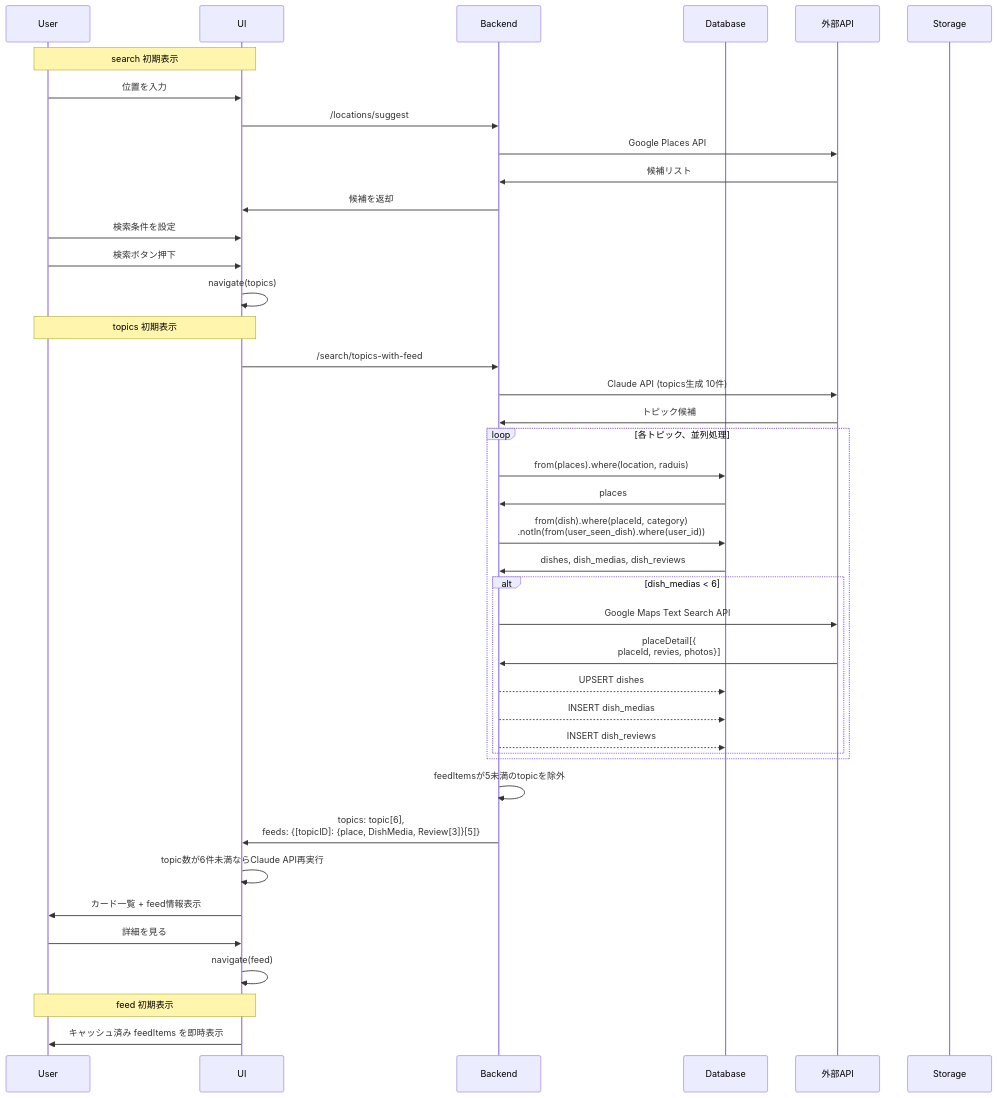
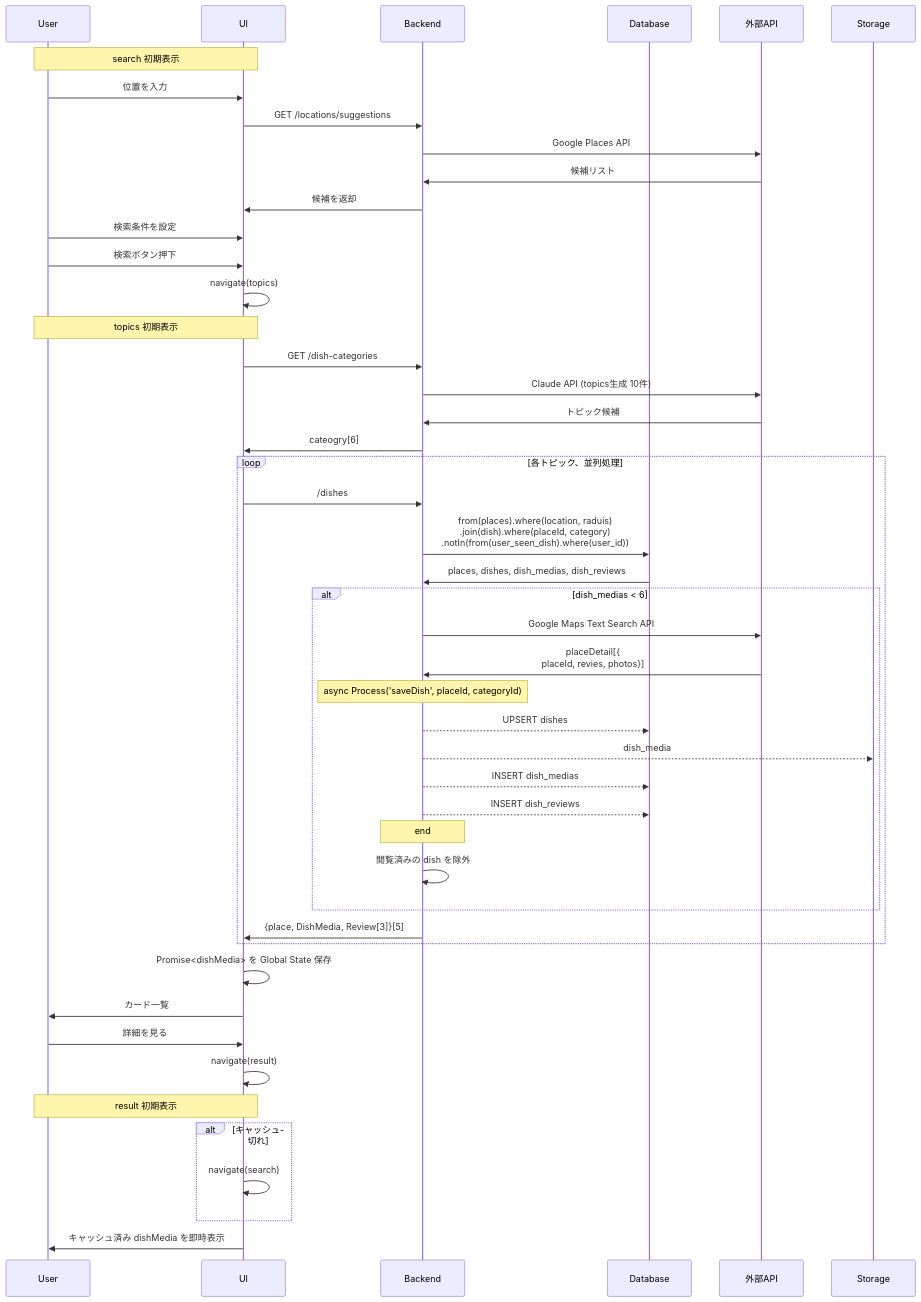
The diagram in docs/sequence/search.mmd (Ayato-kosaka/nanitabeyo), drawn with Mermaid before and after one commit.

Commit message:
refactor: update API endpoints in search sequence diagram for clarity and consistency

```diff
--- a/docs/sequence/search.mmd
+++ b/docs/sequence/search.mmd
@@ -1,48 +1,54 @@
 sequenceDiagram
     participant User
     participant UI
     participant Backend
     participant Database
     participant 外部API
     participant Storage
 
     %% search/index
     Note over User,UI: search 初期表示
     User ->> UI: 位置を入力
-        UI ->> Backend: /locations/suggest
+        UI ->> Backend: GET /locations/suggestions
             Backend ->> 外部API: Google Places API
                 外部API ->> Backend: 候補リスト
             Backend ->> UI: 候補を返却
     User ->> UI: 検索条件を設定
     User ->> UI: 検索ボタン押下
         UI ->> UI: navigate(topics)
 
     %% search/topics
     Note over User,UI: topics 初期表示
-        UI ->> Backend: /search/topics-with-feed
+        UI ->> Backend: GET /dish-categories
             Backend ->> 外部API: Claude API (topics生成 10件)
                 外部API ->> Backend: トピック候補
-            loop 各トピック、並列処理
-                Backend ->> Database: from(places).where(location, raduis)
-                    Database ->> Backend: places
-                Backend ->> Database: from(dish).where(placeId, category)<br>.notIn(from(user_seen_dish).where(user_id))
-                    Database ->> Backend: dishes, dish_medias, dish_reviews
+            Backend ->> UI: cateogry[6]
+        loop 各トピック、並列処理
+            UI ->> Backend: /dishes
+                Backend ->> Database: from(places).where(location, raduis)<br>.join(dish).where(placeId, category)<br>.notIn(from(user_seen_dish).where(user_id))
+                    Database ->> Backend: places, dishes, dish_medias, dish_reviews
                 alt dish_medias < 6
                     Backend ->> 外部API: Google Maps Text Search API
                         外部API ->> Backend: placeDetail[{<br>placeId, revies, photos}]
-                    Backend -->> Database: UPSERT dishes
-                    Backend -->> Database: INSERT dish_medias
-                    Backend -->> Database: INSERT dish_reviews
+                    Note over Backend: async Process('saveDish', placeId, categoryId)
+                        Backend -->> Database: UPSERT dishes
+                        Backend -->> Storage: dish_media
+                        Backend -->> Database: INSERT dish_medias
+                        Backend -->> Database: INSERT dish_reviews
+                    Note over Backend: end
+                    Backend ->> Backend: 閲覧済みの dish を除外
                 end
-            end
-            Backend ->> Backend: feedItemsが5未満のtopicを除外
-            Backend ->> UI: topics: topic[6],<br>feeds: {[topicID]: {place, DishMedia, Review[3]}[5]}
-        UI ->> UI: topic数が6件未満ならClaude API再実行
-        UI ->> User: カード一覧 + feed情報表示
+                Backend ->> UI: {place, DishMedia, Review[3]}[5]
+        end
+        UI ->> UI: Promise<dishMedia> を Global State 保存
+        UI ->> User: カード一覧
 
     User ->> UI: 詳細を見る
-        UI ->> UI: navigate(feed)
+        UI ->> UI: navigate(result)
 
-    %% search/feed
-    Note over User,UI: feed 初期表示
-        UI ->> User: キャッシュ済み feedItems を即時表示
+    %% search/result
+    Note over User,UI: result 初期表示
+        alt キャッシュ切れ
+            UI ->> UI: navigate(search)
+        end
+        UI ->> User: キャッシュ済み dishMedia を即時表示
```
